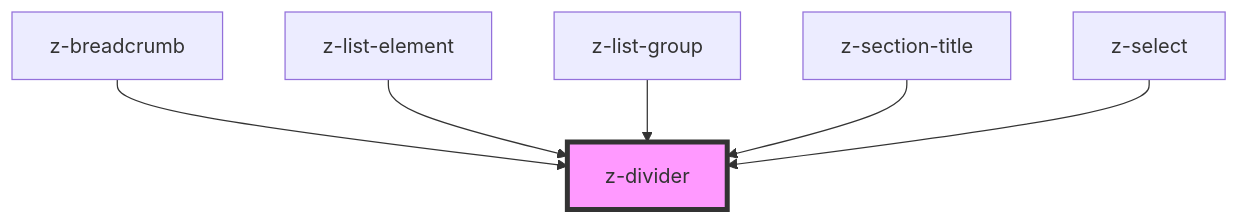
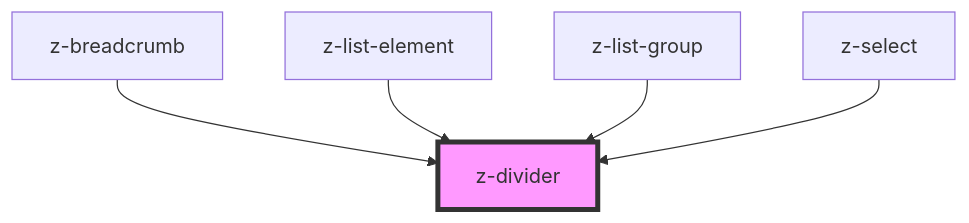
Before and after one commit to ZanichelliEditore/design-system: the diagram in src/components/z-divider/readme.md, drawn with Mermaid. The commit also changed other lines of this file and 119 other files, not shown here.

````diff
--- a/src/components/z-divider/readme.md
+++ b/src/components/z-divider/readme.md
@@ -26,9 +25,8 @@
 ```mermaid
 graph TD;
   z-breadcrumb --> z-divider
   z-list-element --> z-divider
   z-list-group --> z-divider
-  z-section-title --> z-divider
   z-select --> z-divider
   style z-divider fill:#f9f,stroke:#333,stroke-width:4px
 ```
````
